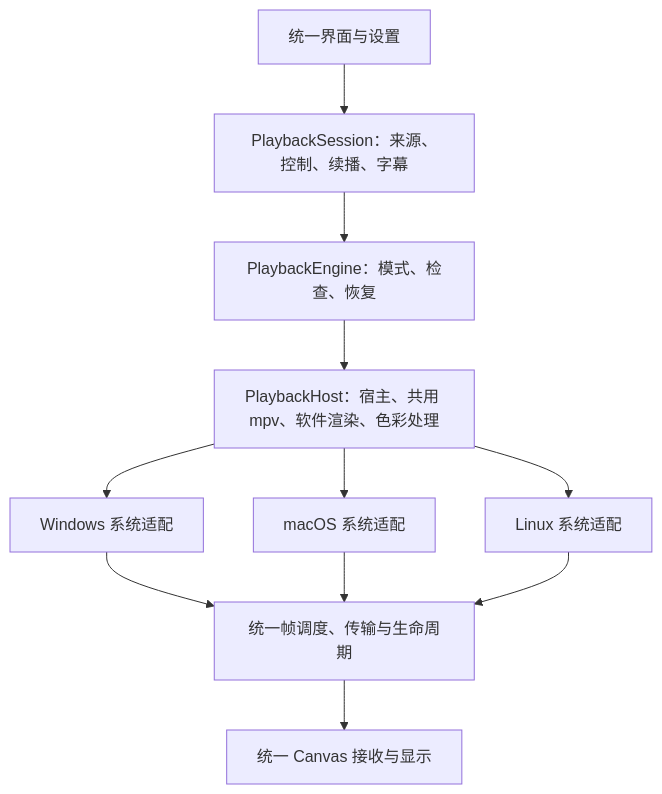
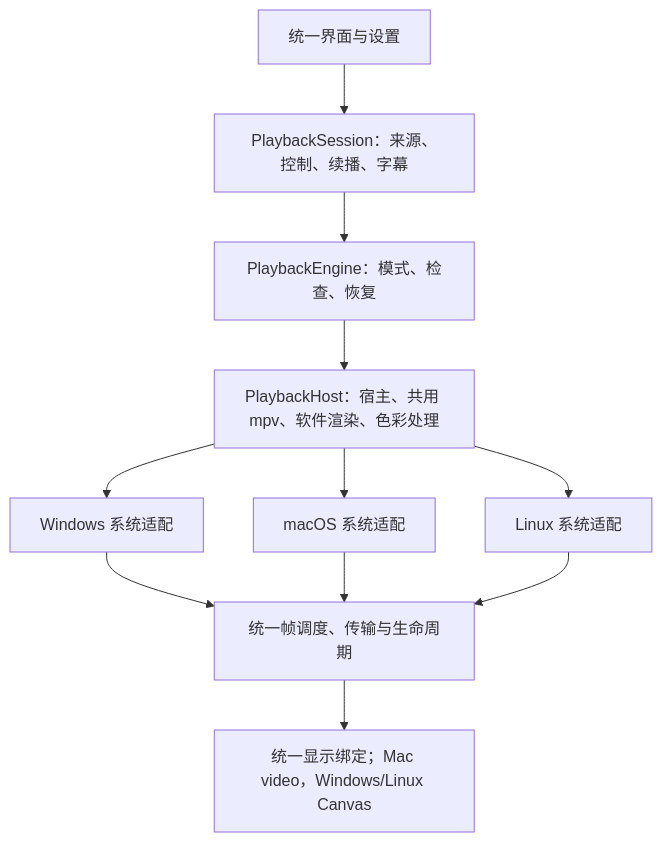
One commit to JavdexLabs/Javdex changed the diagram in docs/adr/0033-unify-desktop-playback-capabilities.md. Above: the diagram before and after it, drawn with Mermaid. The commit also changed other lines of this file and 136 other files, not shown here.

First line of the commit message:
feat(playback): unify macOS video output on Electron 44

````diff
--- a/docs/adr/0033-unify-desktop-playback-capabilities.md
+++ b/docs/adr/0033-unify-desktop-playback-capabilities.md
@@ -50,13 +54,13 @@
 ```mermaid
 flowchart TD
     UI["统一界面与设置"] --> Session["PlaybackSession：来源、控制、续播、字幕"]
     Session --> Engine["PlaybackEngine：模式、检查、恢复"]
     Engine --> Host["PlaybackHost：宿主、共用 mpv、软件渲染、色彩处理"]
     Host --> Win["Windows 系统适配"]
     Host --> Mac["macOS 系统适配"]
     Host --> Linux["Linux 系统适配"]
     Win --> Frames["统一帧调度、传输与生命周期"]
     Mac --> Frames
     Linux --> Frames
-    Frames --> Canvas["统一 Canvas 接收与显示"]
+    Frames --> Display["统一显示绑定；Mac video，Windows/Linux Canvas"]
 ```
````
